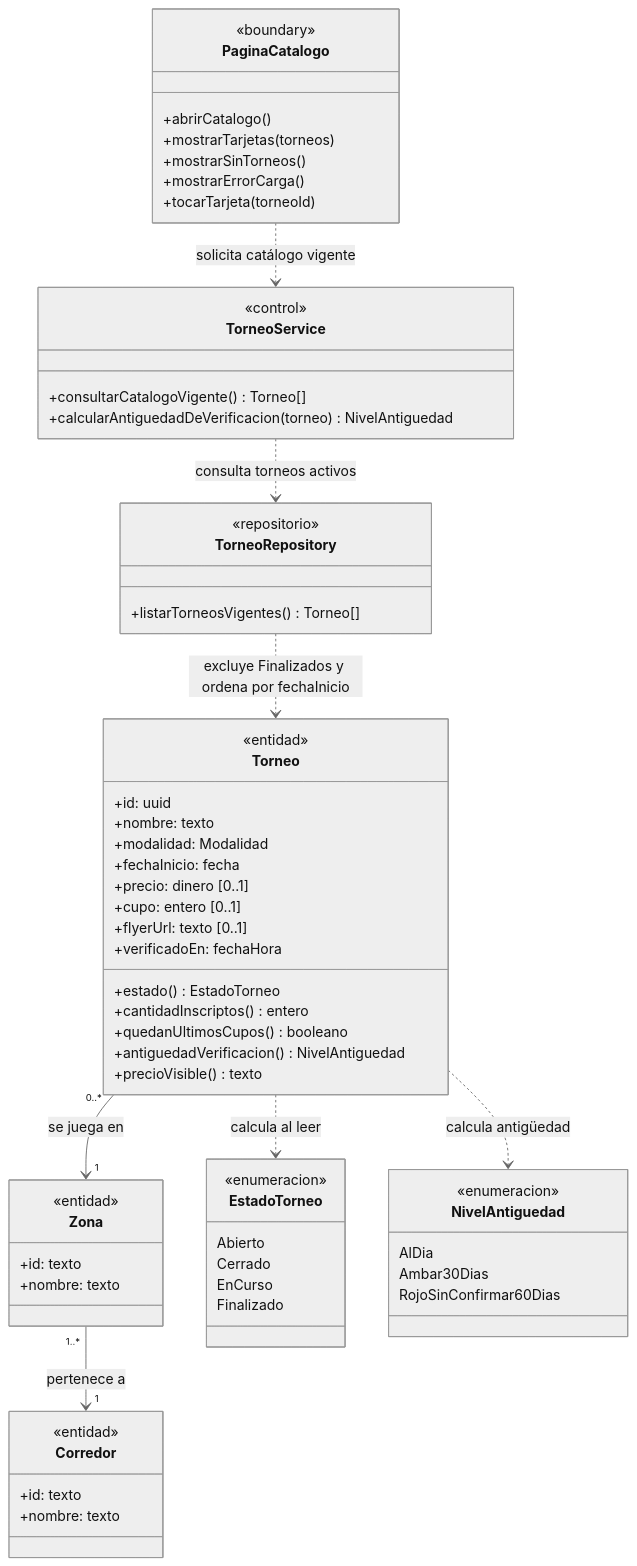
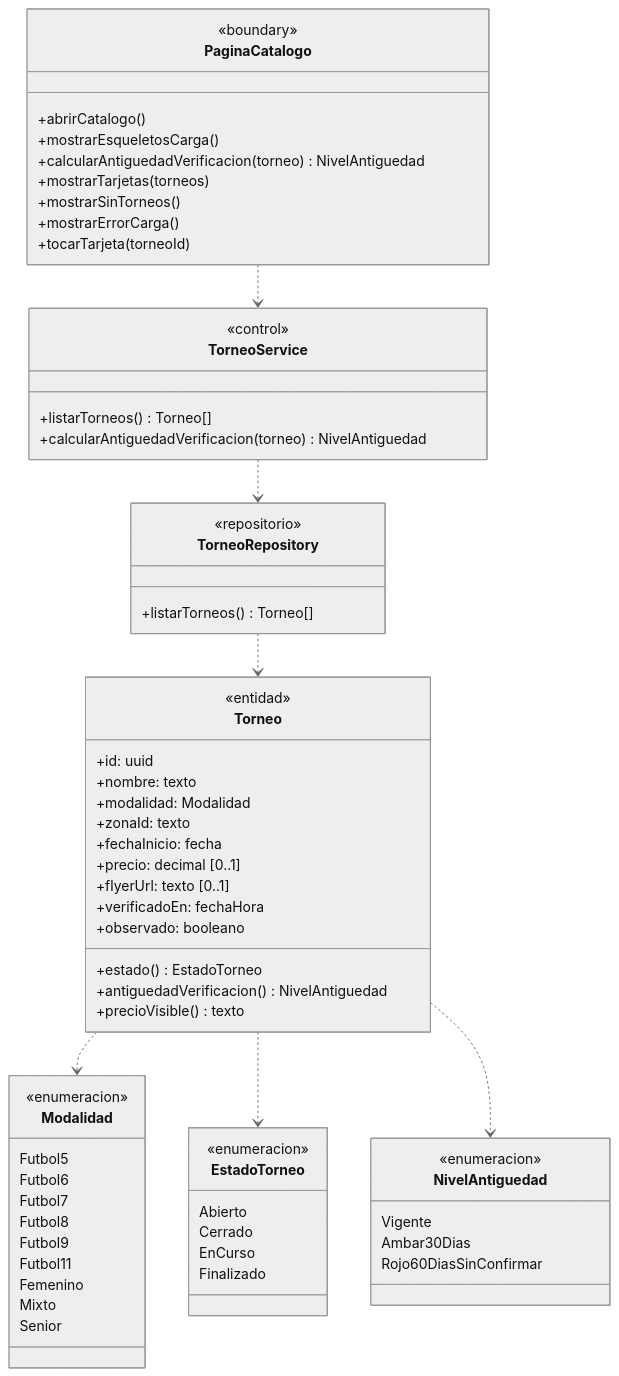
Before and after one commit to nicqletal/torneos-scraper: the second of 7 diagrams in docs/diagramas-de-clase/catalogo-de-torneos.md, drawn with Mermaid (neutral theme). The commit also changed other lines of this file and 13 other files, not shown here.

````diff
--- a/docs/diagramas-de-clase/catalogo-de-torneos.md
+++ b/docs/diagramas-de-clase/catalogo-de-torneos.md
@@ -134,67 +145,68 @@
 ```mermaid
 classDiagram
-direction TB
 class PaginaCatalogo {
   <<boundary>>
   +abrirCatalogo()
+  +mostrarEsqueletosCarga()
+  +calcularAntiguedadVerificacion(torneo) NivelAntiguedad
   +mostrarTarjetas(torneos)
   +mostrarSinTorneos()
   +mostrarErrorCarga()
   +tocarTarjeta(torneoId)
 }
 class TorneoService {
   <<control>>
-  +consultarCatalogoVigente() Torneo[]
-  +calcularAntiguedadDeVerificacion(torneo) NivelAntiguedad
+  +listarTorneos() Torneo[]
+  +calcularAntiguedadVerificacion(torneo) NivelAntiguedad
 }
 class TorneoRepository {
   <<repositorio>>
-  +listarTorneosVigentes() Torneo[]
+  +listarTorneos() Torneo[]
 }
 class Torneo {
   <<entidad>>
   +id: uuid
   +nombre: texto
   +modalidad: Modalidad
+  +zonaId: texto
   +fechaInicio: fecha
-  +precio: dinero [0..1]
-  +cupo: entero [0..1]
+  +precio: decimal [0..1]
   +flyerUrl: texto [0..1]
   +verificadoEn: fechaHora
+  +observado: booleano
   +estado() EstadoTorneo
-  +cantidadInscriptos() entero
-  +quedanUltimosCupos() booleano
   +antiguedadVerificacion() NivelAntiguedad
   +precioVisible() texto
 }
-class Zona {
-  <<entidad>>
-  +id: texto
-  +nombre: texto
-}
-class Corredor {
-  <<entidad>>
-  +id: texto
-  +nombre: texto
+class Modalidad {
+  <<enumeracion>>
+  Futbol5
+  Futbol6
+  Futbol7
+  Futbol8
+  Futbol9
+  Futbol11
+  Femenino
+  Mixto
+  Senior
 }
 class EstadoTorneo {
   <<enumeracion>>
   Abierto
   Cerrado
   EnCurso
   Finalizado
 }
 class NivelAntiguedad {
   <<enumeracion>>
-  AlDia
+  Vigente
   Ambar30Dias
-  RojoSinConfirmar60Dias
+  Rojo60DiasSinConfirmar
 }
-PaginaCatalogo ..> TorneoService : solicita catálogo vigente
-TorneoService ..> TorneoRepository : consulta torneos activos
-TorneoRepository ..> Torneo : excluye Finalizados y ordena por fechaInicio
-Torneo "0..*" --> "1" Zona : se juega en
-Zona "1..*" --> "1" Corredor : pertenece a
-Torneo ..> EstadoTorneo : calcula al leer
-Torneo ..> NivelAntiguedad : calcula antigüedad
+PaginaCatalogo ..> TorneoService
+TorneoService ..> TorneoRepository
+TorneoRepository ..> Torneo
+Torneo ..> Modalidad
+Torneo ..> EstadoTorneo
+Torneo ..> NivelAntiguedad
 ```
````
